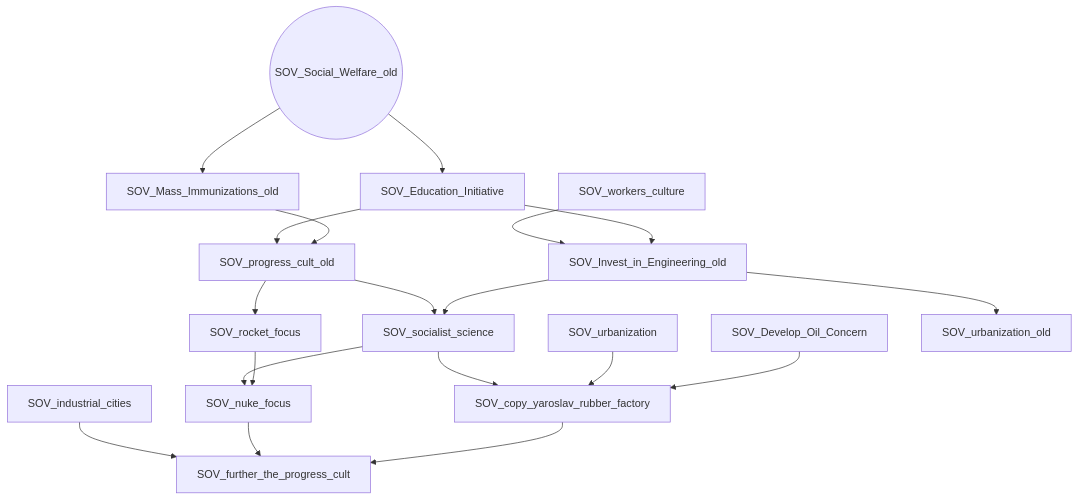
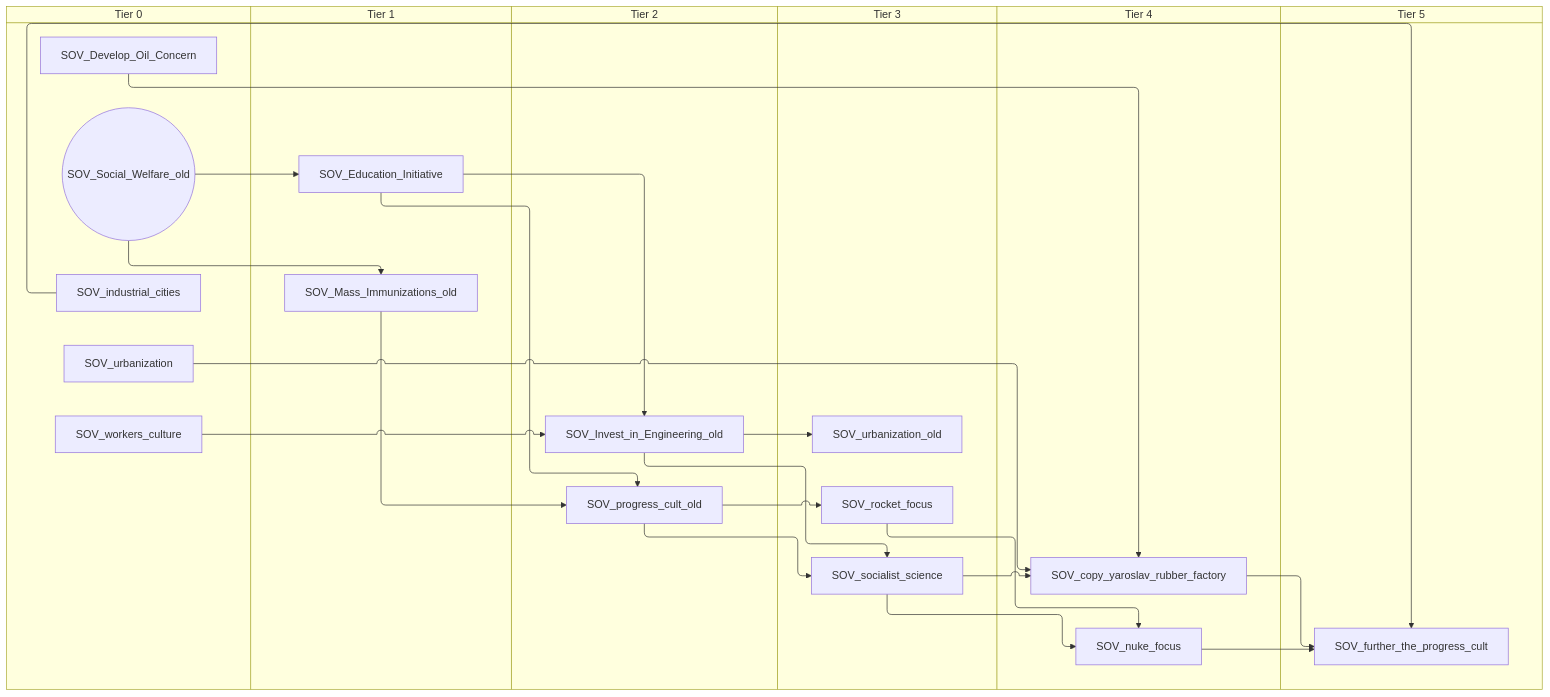
The first of 10 diagrams in docs/gdd/National Focuses/soviet_old.md (evgeny-sobol/hoi4-sandbox-mode-r56), drawn with Mermaid before and after one commit. The commit also changed other lines of this file and 423 other files, not shown here.

First line of the commit message:
Re-export Rt56 focus trees as swimlane diagrams

````diff
--- a/docs/gdd/National Focuses/soviet_old.md
+++ b/docs/gdd/National Focuses/soviet_old.md
@@ -3,36 +3,48 @@
 ```mermaid
-flowchart TD
-    n1["SOV_Develop_Oil_Concern"]
-    n2["SOV_Education_Initiative"]
-    n3["SOV_Invest_in_Engineering_old"]
-    n4["SOV_Mass_Immunizations_old"]
-    n5(("SOV_Social_Welfare_old"))
-    n6["SOV_copy_yaroslav_rubber_factory"]
-    n7["SOV_further_the_progress_cult"]
-    n8["SOV_industrial_cities"]
-    n9["SOV_nuke_focus"]
-    n10["SOV_progress_cult_old"]
-    n11["SOV_rocket_focus"]
-    n12["SOV_socialist_science"]
-    n13["SOV_urbanization"]
-    n14["SOV_urbanization_old"]
-    n15["SOV_workers_culture"]
-    n5 --> n2
-    n15 --> n3
-    n2 --> n3
-    n5 --> n4
-    n12 --> n6
-    n13 --> n6
-    n1 --> n6
-    n8 --> n7
-    n9 --> n7
-    n6 --> n7
-    n12 --> n9
-    n11 --> n9
-    n2 --> n10
-    n4 --> n10
-    n10 --> n11
-    n10 --> n12
-    n3 --> n12
-    n3 --> n14
+swimlane-beta TD
+    subgraph tier_0["Tier 0"]
+        n1["SOV_Develop_Oil_Concern"]
+        n2(("SOV_Social_Welfare_old"))
+        n3["SOV_industrial_cities"]
+        n4["SOV_urbanization"]
+        n5["SOV_workers_culture"]
+    end
+    subgraph tier_1["Tier 1"]
+        n6["SOV_Education_Initiative"]
+        n7["SOV_Mass_Immunizations_old"]
+    end
+    subgraph tier_2["Tier 2"]
+        n8["SOV_Invest_in_Engineering_old"]
+        n9["SOV_progress_cult_old"]
+    end
+    subgraph tier_3["Tier 3"]
+        n10["SOV_rocket_focus"]
+        n11["SOV_socialist_science"]
+        n12["SOV_urbanization_old"]
+    end
+    subgraph tier_4["Tier 4"]
+        n13["SOV_copy_yaroslav_rubber_factory"]
+        n14["SOV_nuke_focus"]
+    end
+    subgraph tier_5["Tier 5"]
+        n15["SOV_further_the_progress_cult"]
+    end
+    n2 --> n6
+    n5 --> n8
+    n6 --> n8
+    n2 --> n7
+    n11 --> n13
+    n4 --> n13
+    n1 --> n13
+    n3 --> n15
+    n14 --> n15
+    n13 --> n15
+    n11 --> n14
+    n10 --> n14
+    n6 --> n9
+    n7 --> n9
+    n9 --> n10
+    n9 --> n11
+    n8 --> n11
+    n8 --> n12
 ```
````
